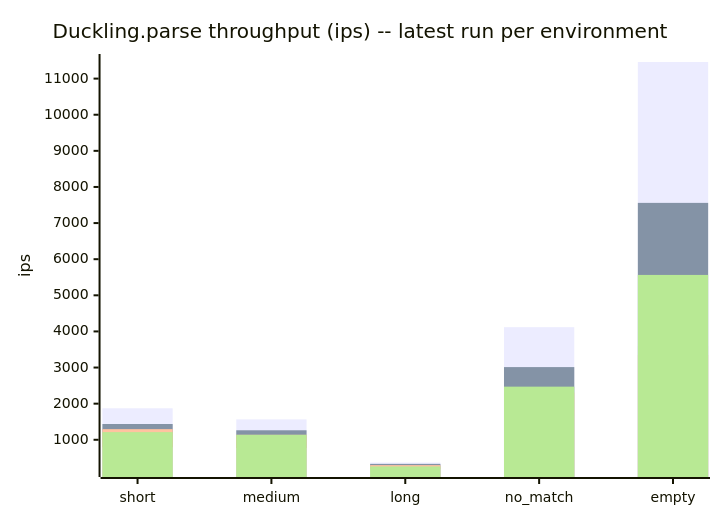
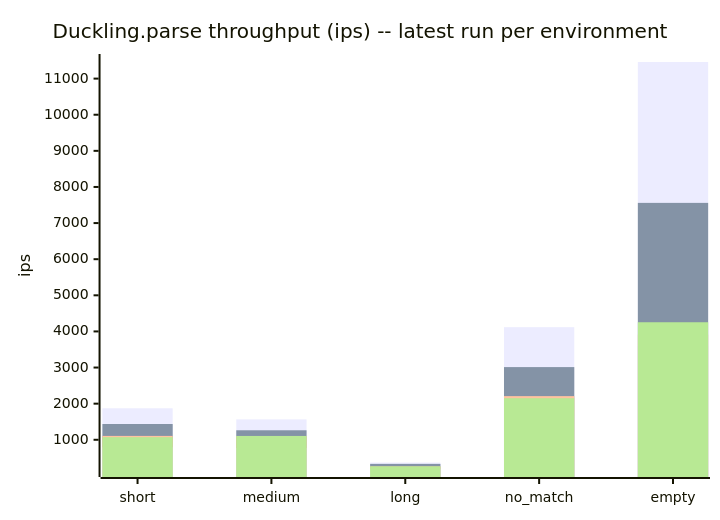
Before and after one commit to cpb/duckling: the sixth of 7 diagrams in docs/benchmarks/README.md, drawn with Mermaid. The commit also changed other lines of this file and 2 other files, not shown here.

First line of the commit message:
bench: backfill local-3.3 and local-4.0 data points for 0.3.0-rc2

````diff
--- a/docs/benchmarks/README.md
+++ b/docs/benchmarks/README.md
@@ -211,11 +211,11 @@
 ```mermaid
 xychart-beta
     title "Duckling.parse throughput (ips) -- latest run per environment"
     x-axis [short, medium, long, no_match, empty]
     y-axis "ips"
     bar "github-actions" [1871.6, 1564.7, 368.4, 4117.3, 11459.9]
     bar "claude-code-web" [1436.5, 1263.2, 332.2, 3012.4, 7559.1]
-    bar "local-3.3" [1294.7, 1136.9, 298.4, 2307.3, 3347.9]
+    bar "local-3.3" [1107.0, 1103.9, 262.2, 2208.9, 3909.5]
     bar "local-3.4" [793.1, 773.6, 190.9, 1677.7, 3595.0]
-    bar "local-4.0" [1211.9, 1136.8, 261.7, 2470.9, 5564.1]
+    bar "local-4.0" [1072.0, 1105.7, 265.7, 2150.9, 4254.3]
 ```
````
